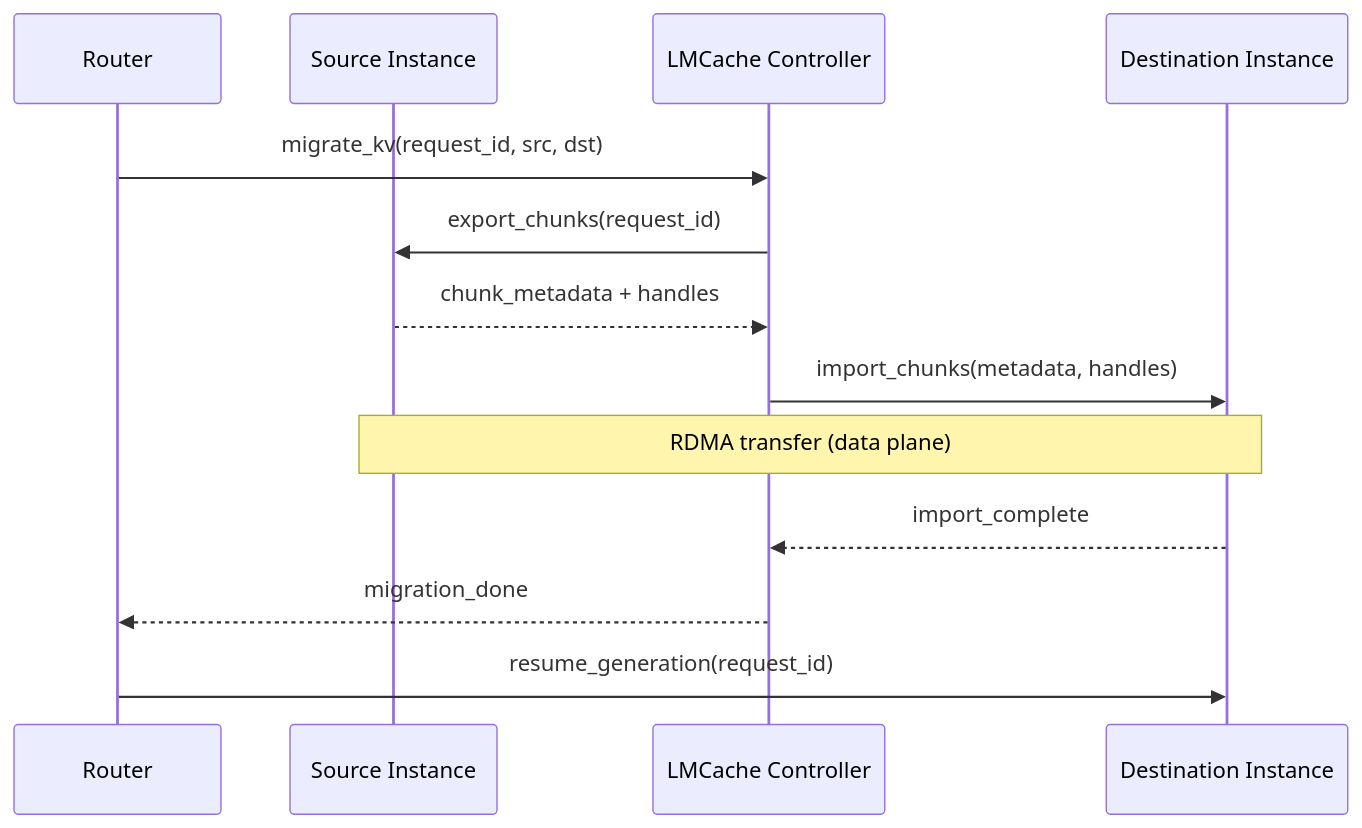
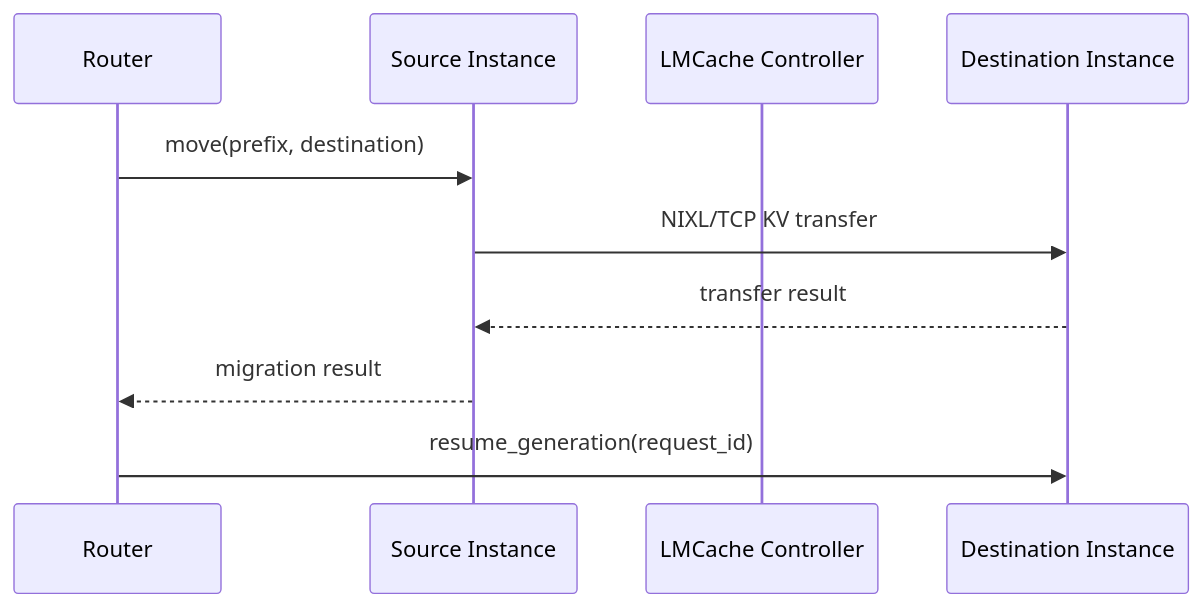
Before and after one commit to lhy101/psrl_doc_preview: the second of 2 diagrams in docs/design/kv_cache.md, drawn with Mermaid. The commit also changed other lines of this file and 17 other files, not shown here.

Commit message:
docs: update docs under current framework and overview figure

````diff
--- a/docs/design/kv_cache.md
+++ b/docs/design/kv_cache.md
@@ -115,16 +118,13 @@
 ```{mermaid}
 sequenceDiagram
     participant Router
     participant Src as Source Instance
     participant Ctrl as LMCache Controller
     participant Dst as Destination Instance
 
-    Router->>Ctrl: migrate_kv(request_id, src, dst)
-    Ctrl->>Src: export_chunks(request_id)
-    Src-->>Ctrl: chunk_metadata + handles
-    Ctrl->>Dst: import_chunks(metadata, handles)
-    Note over Src,Dst: RDMA transfer (data plane)
-    Dst-->>Ctrl: import_complete
-    Ctrl-->>Router: migration_done
+    Router->>Src: move(prefix, destination)
+    Src->>Dst: NIXL/TCP KV transfer
+    Dst-->>Src: transfer result
+    Src-->>Router: migration result
     Router->>Dst: resume_generation(request_id)
 ```
````
